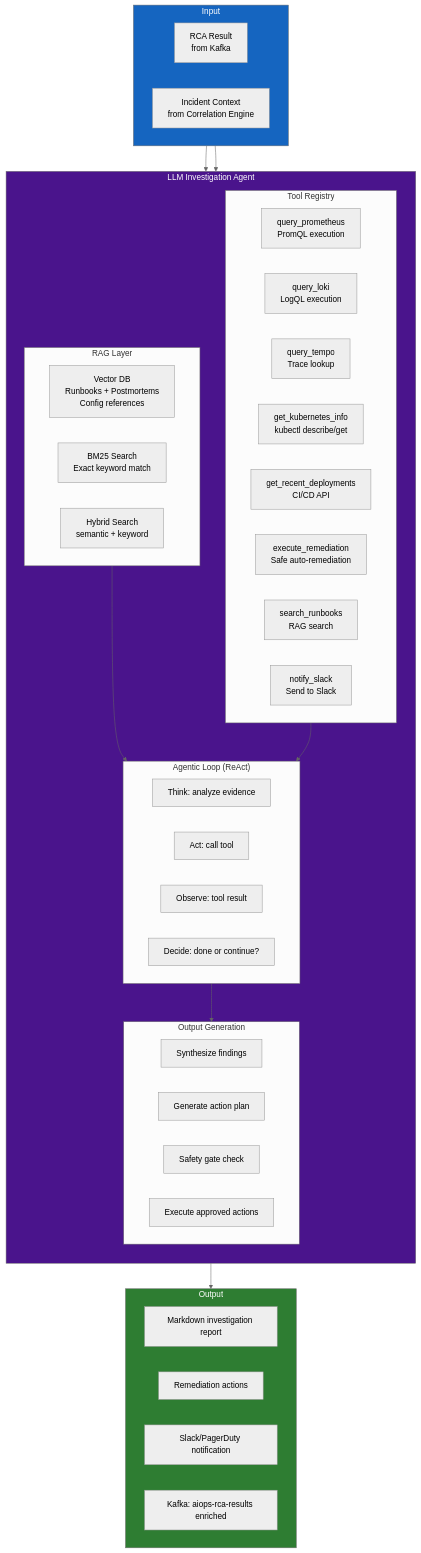
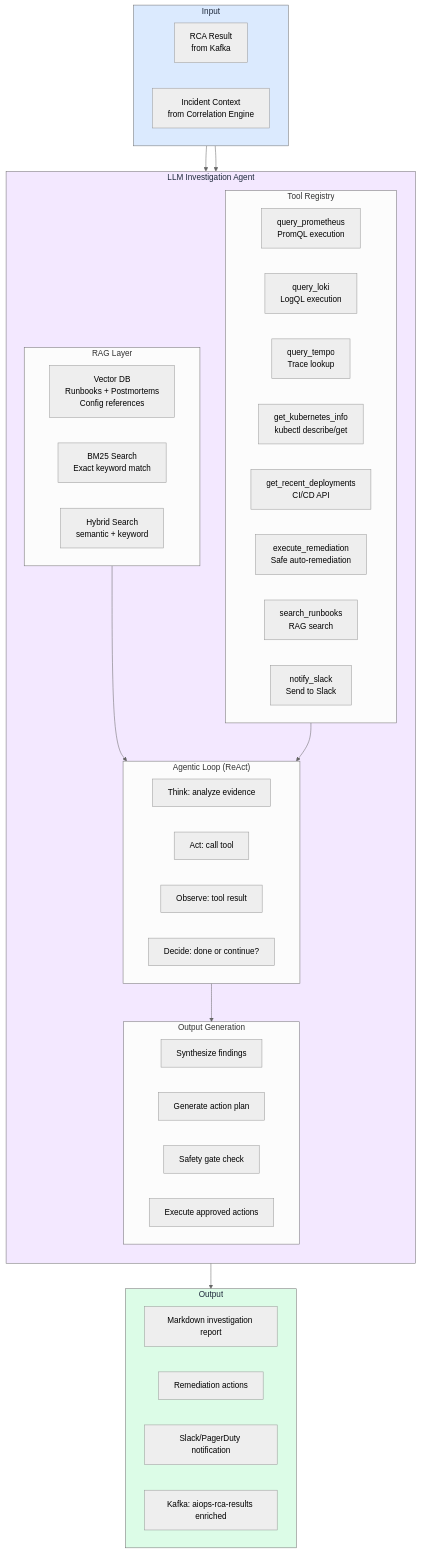
Before and after one commit to XUanhoa04/aiops-engineering-handbook: the first of 2 diagrams in docs/en/11-llm-agent/README.md, drawn with Mermaid (neutral theme). The commit also changed other lines of this file and 39 other files, not shown here.

First line of the commit message:
docs: concept-first Ch.08-12, collapse code, soft Mermaid colors

````diff
--- a/docs/en/11-llm-agent/README.md
+++ b/docs/en/11-llm-agent/README.md
@@ -112,59 +168,59 @@
 ```mermaid
 graph TD
     subgraph Input["Input"]
         RCA[RCA Result\nfrom Kafka]
         INC[Incident Context\nfrom Correlation Engine]
     end
 
     subgraph Agent["LLM Investigation Agent"]
         direction TB
         
         subgraph Retrieval["RAG Layer"]
             VDB[Vector DB\nRunbooks + Postmortems\nConfig references]
             BM25[BM25 Search\nExact keyword match]
             HYBRID[Hybrid Search\nsemantic + keyword]
         end
         
         subgraph Tools["Tool Registry"]
             T1[query_prometheus\nPromQL execution]
             T2[query_loki\nLogQL execution]
             T3[query_tempo\nTrace lookup]
             T4[get_kubernetes_info\nkubectl describe/get]
             T5[get_recent_deployments\nCI/CD API]
             T6[execute_remediation\nSafe auto-remediation]
             T7[search_runbooks\nRAG search]
             T8[notify_slack\nSend to Slack]
         end
         
         subgraph Loop["Agentic Loop (ReAct)"]
             THINK[Think: analyze evidence]
             ACT[Act: call tool]
             OBS[Observe: tool result]
             DECIDE[Decide: done or continue?]
         end
         
         subgraph Generate["Output Generation"]
             SYNTH[Synthesize findings]
             PLAN[Generate action plan]
             SAFE[Safety gate check]
             EXEC[Execute approved actions]
         end
     end
 
     subgraph Output["Output"]
         REPORT[Markdown investigation report]
         ACTIONS[Remediation actions]
         NOTIF[Slack/PagerDuty notification]
         KAFKA[Kafka: aiops-rca-results enriched]
     end
 
     Input --> Retrieval
     Input --> Loop
     Retrieval --> Loop
     Tools --> Loop
     Loop --> Generate --> Output
 
-    style Input fill:#1565c0,color:#fff
-    style Agent fill:#4a148c,color:#fff
-    style Output fill:#2e7d32,color:#fff
+    style Input fill:#dbeafe,color:#1e293b
+    style Agent fill:#f3e8ff,color:#1e293b
+    style Output fill:#dcfce7,color:#1e293b
 ```
````
